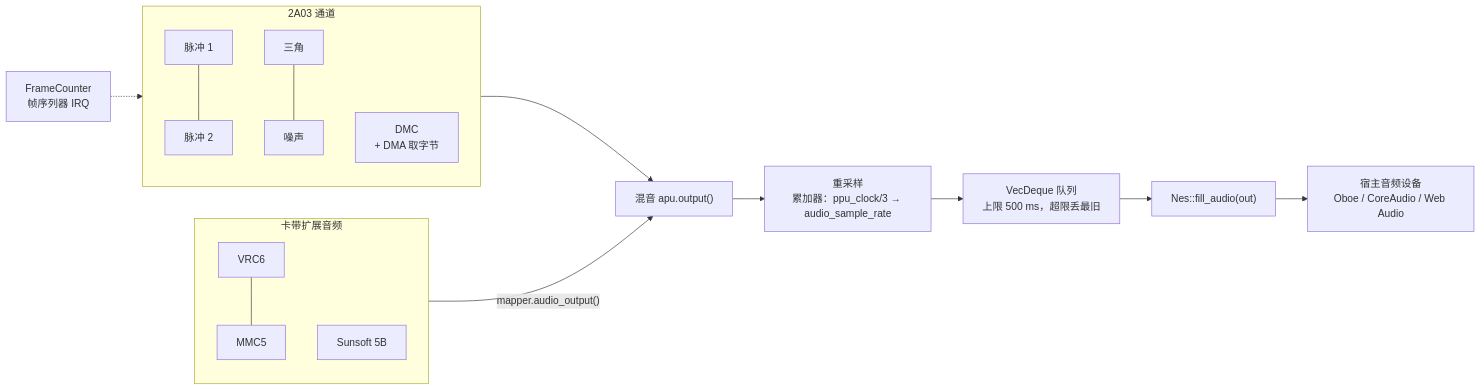
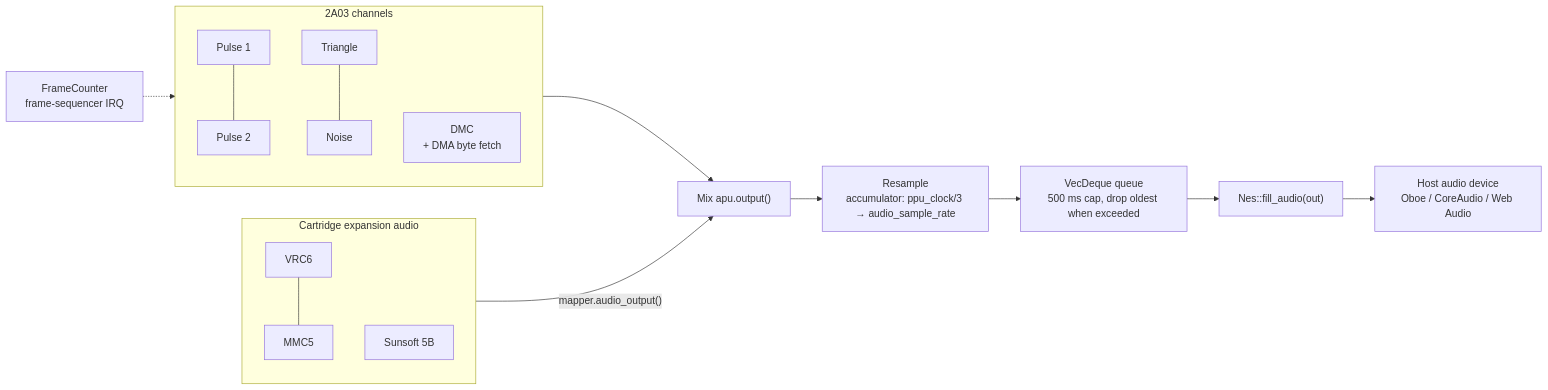
The sixth of 13 diagrams in docs/architecture.md (YufJi/nes-emulator), drawn with Mermaid before and after one commit. The commit also changed other lines of this file and 8 other files, not shown here.

````diff
--- a/docs/architecture.md
+++ b/docs/architecture.md
@@ -342,20 +365,20 @@
 ```mermaid
 flowchart LR
-    subgraph Channels["2A03 通道"]
-        P1["脉冲 1"] --- P2["脉冲 2"]
-        Tri["三角"] --- Noise["噪声"]
-        Dmc["DMC<br/>+ DMA 取字节"]
+    subgraph Channels["2A03 channels"]
+        P1["Pulse 1"] --- P2["Pulse 2"]
+        Tri["Triangle"] --- Noise["Noise"]
+        Dmc["DMC<br/>+ DMA byte fetch"]
     end
-    subgraph Expansion["卡带扩展音频"]
+    subgraph Expansion["Cartridge expansion audio"]
         VRC6["VRC6"] --- MMC5["MMC5"]
         S5B["Sunsoft 5B"]
     end
-    FC["FrameCounter<br/>帧序列器 IRQ"] -.-> Channels
+    FC["FrameCounter<br/>frame-sequencer IRQ"] -.-> Channels
 
-    Channels --> Mix["混音 apu.output()"]
+    Channels --> Mix["Mix apu.output()"]
     Expansion -->|"mapper.audio_output()"| Mix
-    Mix --> Resample["重采样<br/>累加器：ppu_clock/3 → audio_sample_rate"]
-    Resample --> Queue["VecDeque 队列<br/>上限 500 ms，超限丢最旧"]
+    Mix --> Resample["Resample<br/>accumulator: ppu_clock/3 → audio_sample_rate"]
+    Resample --> Queue["VecDeque queue<br/>500 ms cap, drop oldest when exceeded"]
     Queue --> Fill["Nes::fill_audio(out)"]
-    Fill --> Device["宿主音频设备<br/>Oboe / CoreAudio / Web Audio"]
+    Fill --> Device["Host audio device<br/>Oboe / CoreAudio / Web Audio"]
 ```
````
